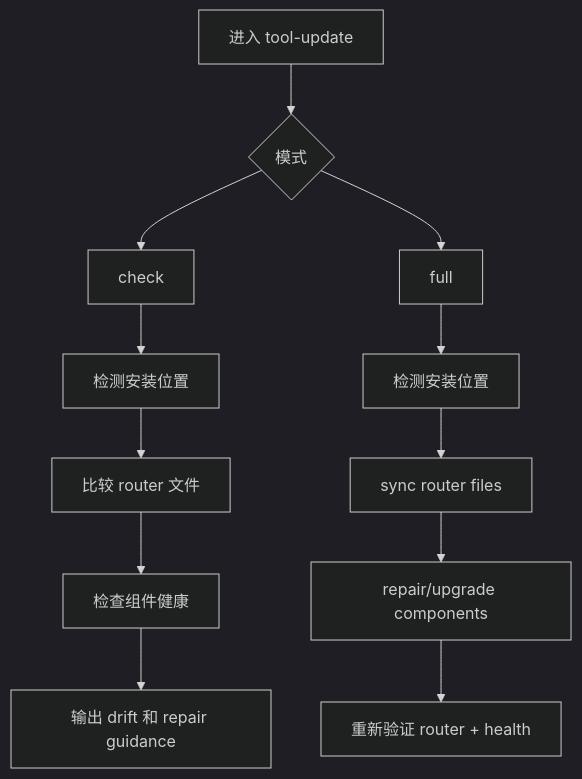
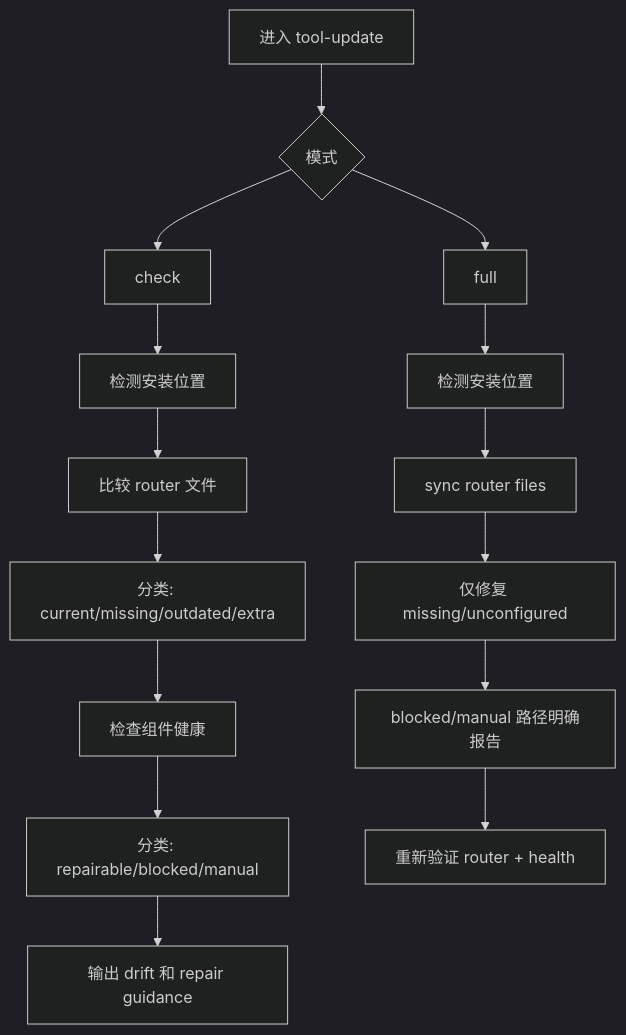
Before and after one commit to HunterXing/engineer-shovel: diagram 11 of 11 in docs/mode-routing.md, drawn with Mermaid (dark theme). The commit also changed other lines of this file and 25 other files, not shown here.

````diff
--- a/docs/mode-routing.md
+++ b/docs/mode-routing.md
@@ -575,16 +589,19 @@
 ```mermaid
 flowchart TD
     A[进入 tool-update] --> B{模式}
     B --> C[check]
     B --> D[full]
 
     C --> C1[检测安装位置]
     C1 --> C2[比较 router 文件]
-    C2 --> C3[检查组件健康]
-    C3 --> C4[输出 drift 和 repair guidance]
+    C2 --> C3[分类: current/missing/outdated/extra]
+    C3 --> C4[检查组件健康]
+    C4 --> C5[分类: repairable/blocked/manual]
+    C5 --> C6[输出 drift 和 repair guidance]
 
     D --> D1[检测安装位置]
     D1 --> D2[sync router files]
-    D2 --> D3[repair/upgrade components]
-    D3 --> D4[重新验证 router + health]
+    D2 --> D3[仅修复 missing/unconfigured]
+    D3 --> D4[blocked/manual 路径明确报告]
+    D4 --> D5[重新验证 router + health]
 ```
````
